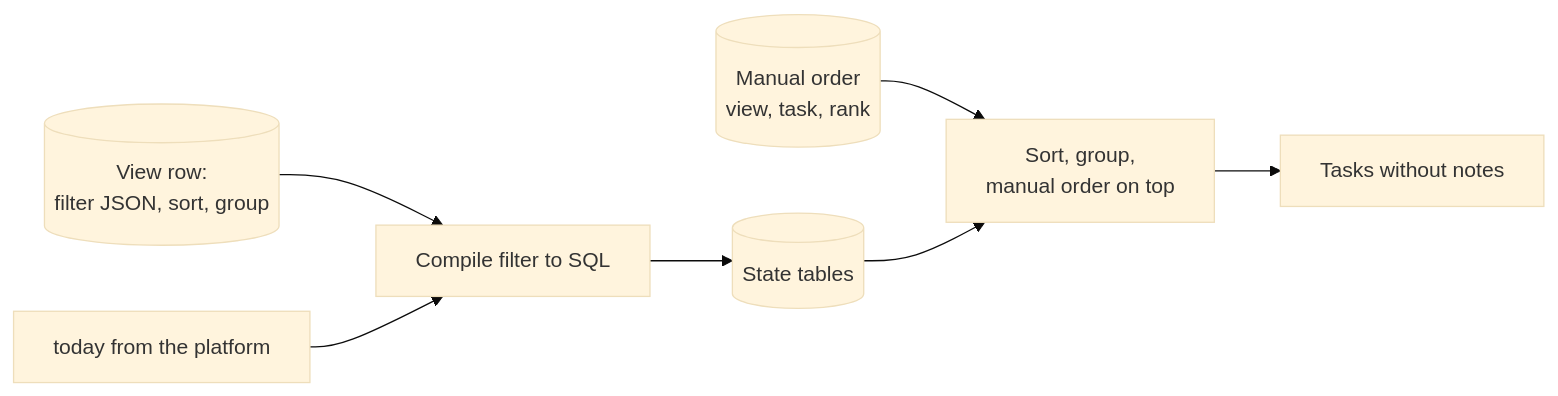
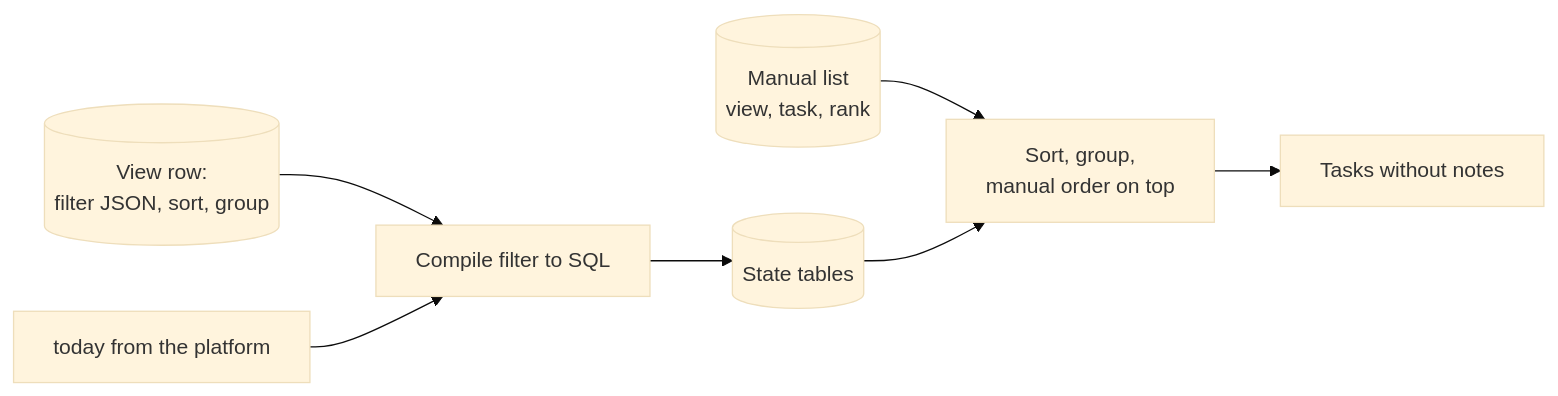
Before and after one commit to maldrakar/todo-app: the third of 4 diagrams in docs/specs/core-storage-and-search.md, drawn with Mermaid (base theme). The commit also changed other lines of this file, not shown here.

````diff
--- a/docs/specs/core-storage-and-search.md
+++ b/docs/specs/core-storage-and-search.md
@@ -222,8 +241,8 @@
 ```mermaid
 flowchart LR
   View[(View row:<br/>filter JSON, sort, group)] --> Compile[Compile filter to SQL]
   Today[today from the platform] --> Compile
   Compile --> Query[(State tables)]
-  Manual[(Manual order<br/>view, task, rank)] --> Merge[Sort, group,<br/>manual order on top]
+  Manual[(Manual list<br/>view, task, rank)] --> Merge[Sort, group,<br/>manual order on top]
   Query --> Merge --> Result[Tasks without notes]
 ```
````
